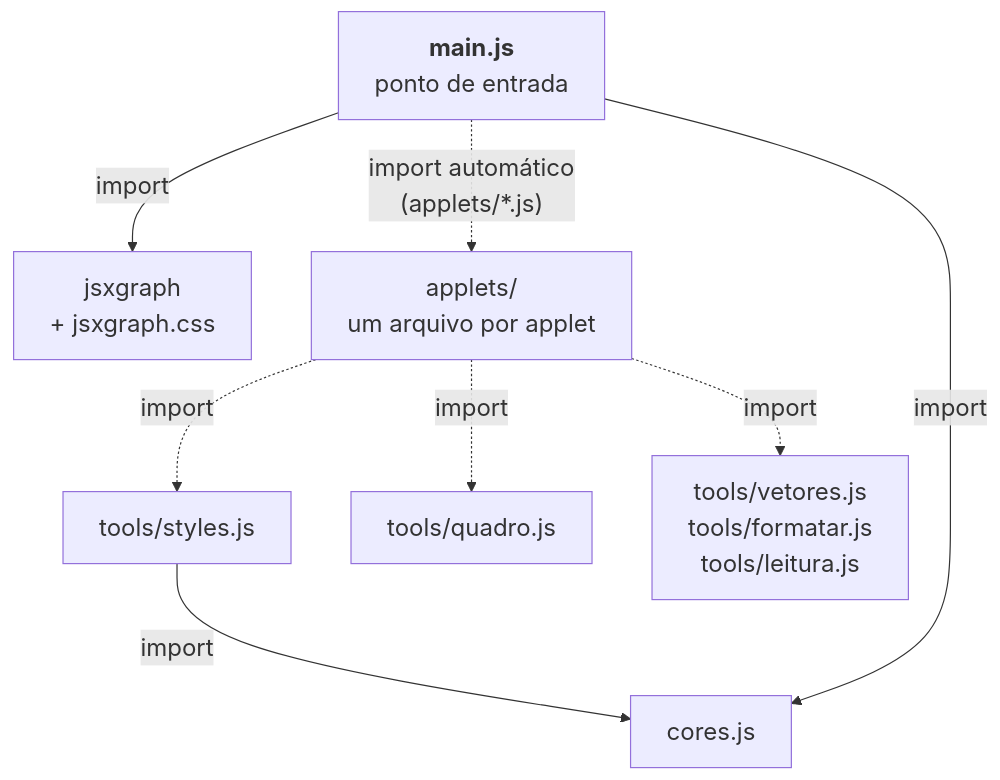
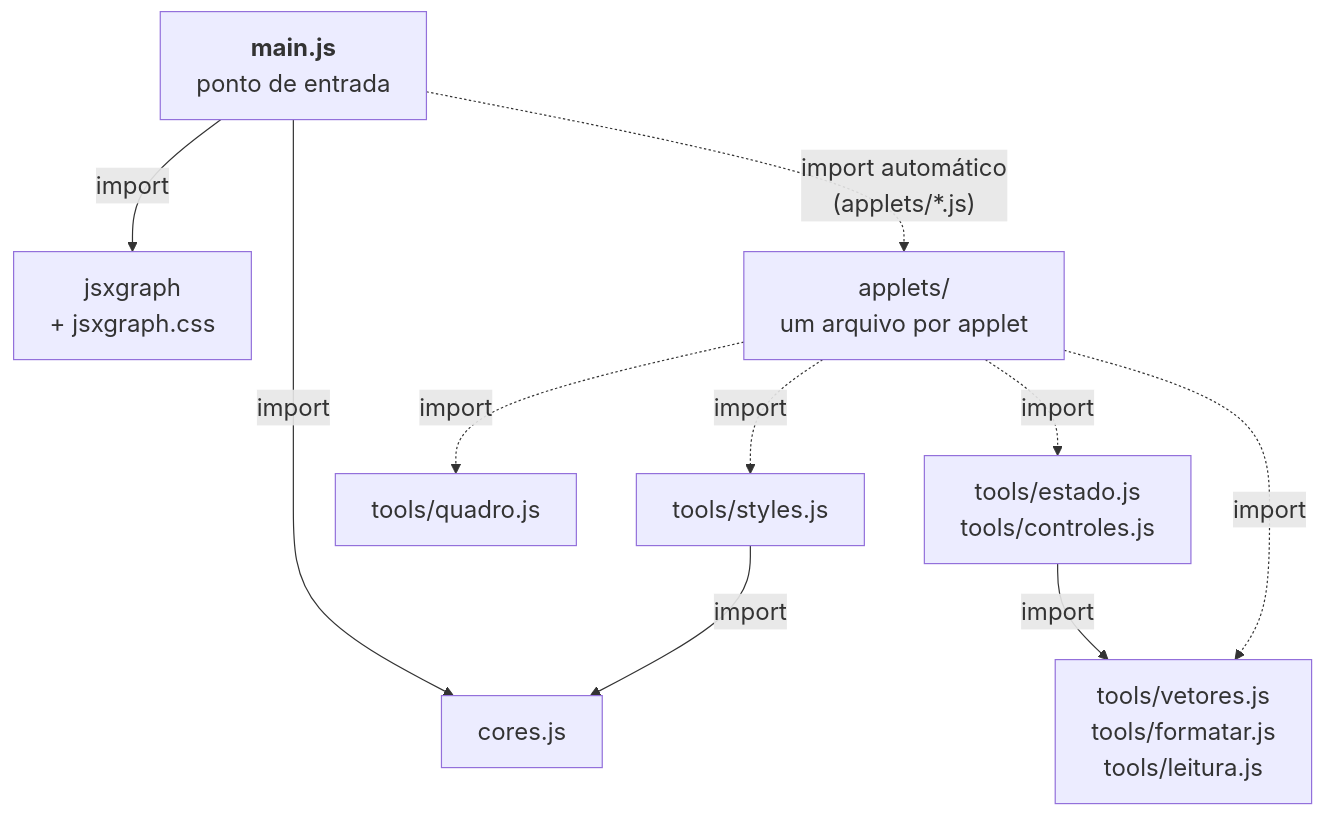
One commit to lcmerlo/livro-online-fcg changed the fifth of 9 diagrams in _interno/diretrizes/arquitetura.md. Above: the diagram before and after it, drawn with Mermaid. The commit also changed other lines of this file and 5 other files, not shown here.

````diff
--- a/_interno/diretrizes/arquitetura.md
+++ b/_interno/diretrizes/arquitetura.md
@@ -314,18 +318,20 @@
 ```mermaid
 %%{init: {"themeVariables": {"fontSize": "20px"}, "flowchart": {"wrappingWidth": 420}}}%%
 flowchart TD
     main["<b>main.js</b><br/>ponto de entrada"]
     jxg["jsxgraph<br/>+ jsxgraph.css"]
     novo["applets/<br/>um arquivo por applet"]
     styles["tools/styles.js"]
     quadro["tools/quadro.js"]
     cores["cores.js"]
 
     main -->|"import"| jxg
     main -.->|"import automático<br/>(applets/*.js)"| novo
     novo -.->|"import"| styles
     novo -.->|"import"| quadro
     novo -.->|"import"| contas["tools/vetores.js<br/>tools/formatar.js<br/>tools/leitura.js"]
+    novo -.->|"import"| controles["tools/estado.js<br/>tools/controles.js"]
+    controles -->|"import"| contas
     styles -->|"import"| cores
     main -->|"import"| cores
 ```
````
